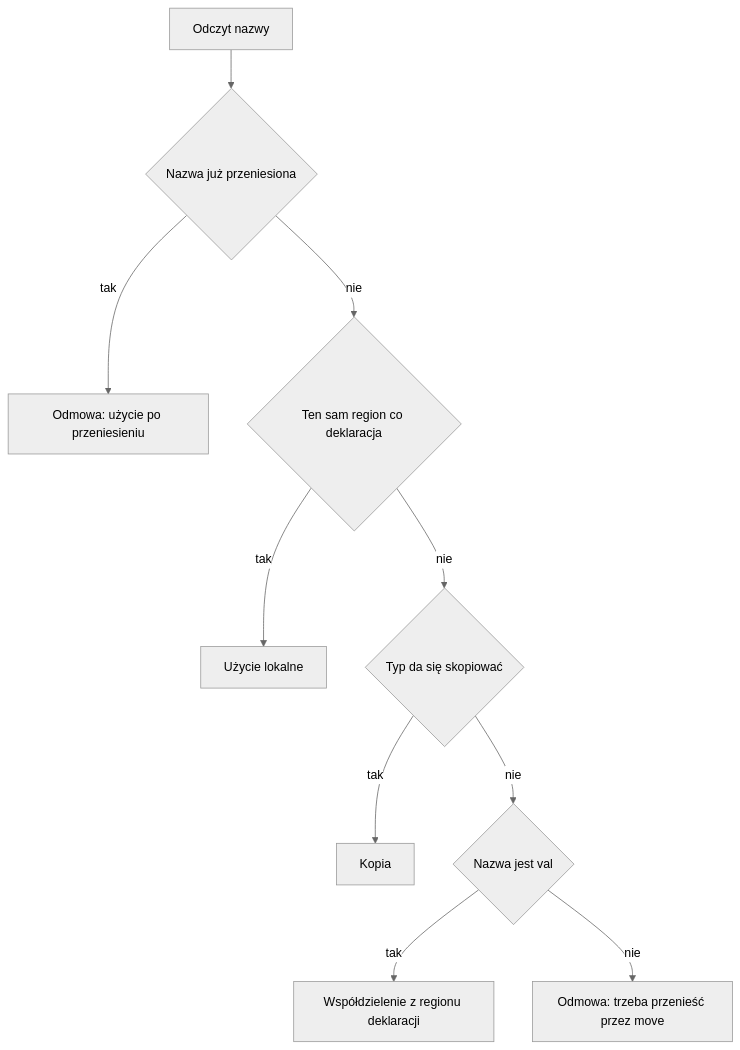
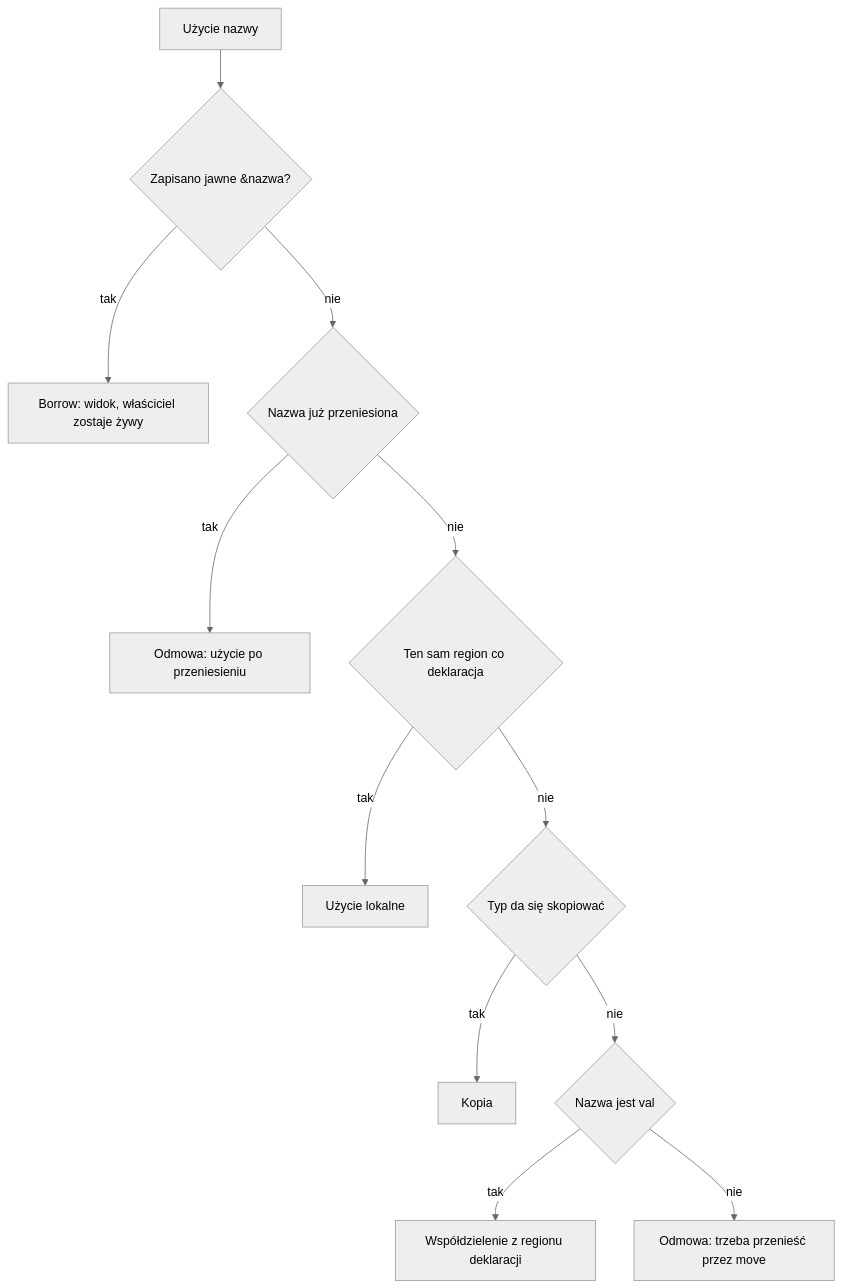
The diagram in docs/book/15-sema.md (andrzejwitkowski/Bork), drawn with Mermaid (neutral theme) before and after one commit. The commit also changed other lines of this file and 28 other files, not shown here.

````diff
--- a/docs/book/15-sema.md
+++ b/docs/book/15-sema.md
@@ -20,12 +20,14 @@
 ```mermaid
 flowchart TD
-    odczyt["Odczyt nazwy"] --> przeniesiona{"Nazwa już przeniesiona"}
+    odczyt["Użycie nazwy"] --> jawne{"Zapisano jawne &nazwa?"}
+    jawne -->|tak| pozyczka["Borrow: widok, właściciel zostaje żywy"]
+    jawne -->|nie| przeniesiona{"Nazwa już przeniesiona"}
     przeniesiona -->|tak| blad["Odmowa: użycie po przeniesieniu"]
     przeniesiona -->|nie| tenSam{"Ten sam region co deklaracja"}
     tenSam -->|tak| lokalna["Użycie lokalne"]
     tenSam -->|nie| kopia{"Typ da się skopiować"}
     kopia -->|tak| kopiowanie["Kopia"]
     kopia -->|nie| val{"Nazwa jest val"}
     val -->|tak| wspolne["Współdzielenie z regionu deklaracji"]
     val -->|nie| move["Odmowa: trzeba przenieść przez move"]
 ```
````
